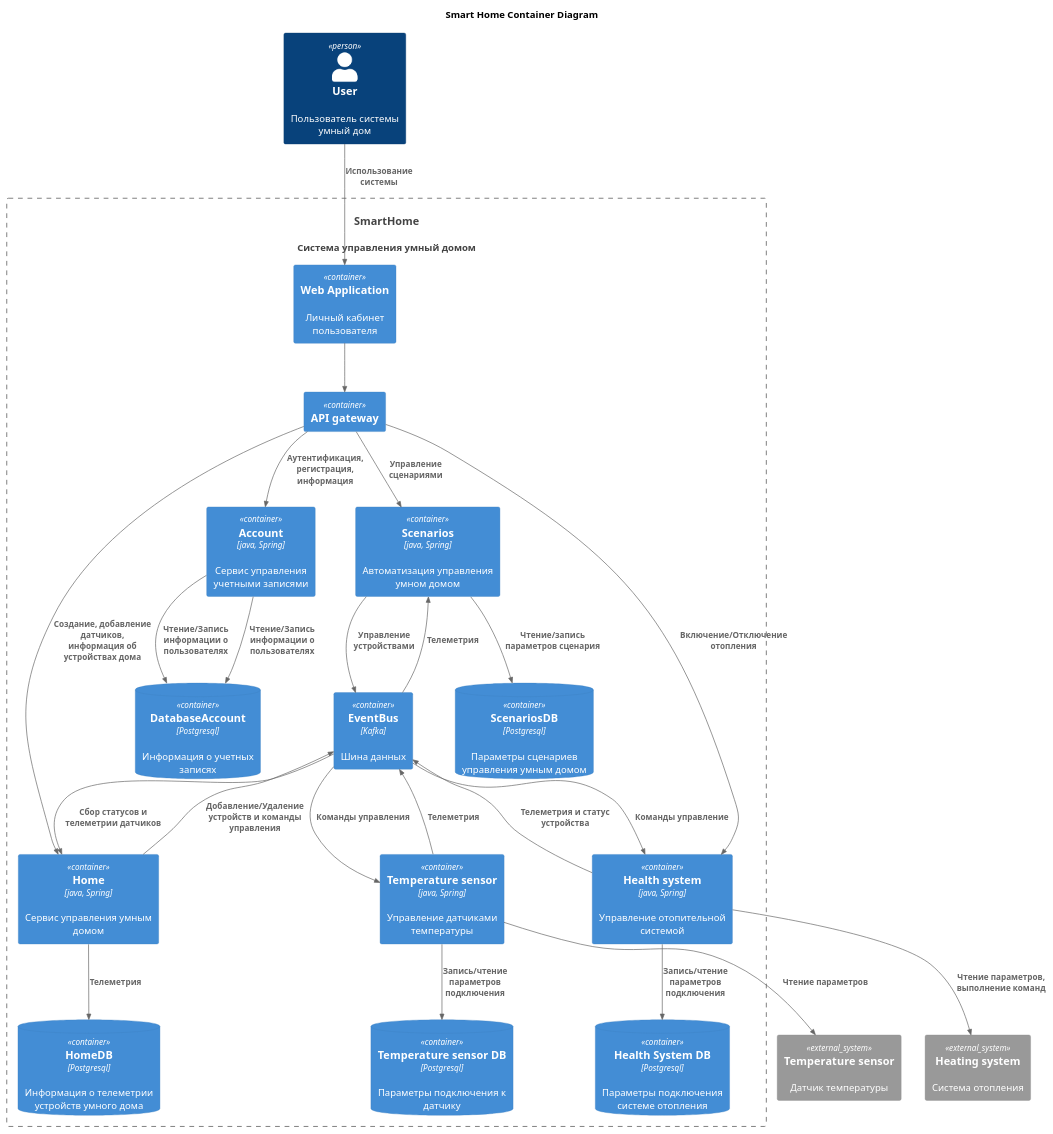
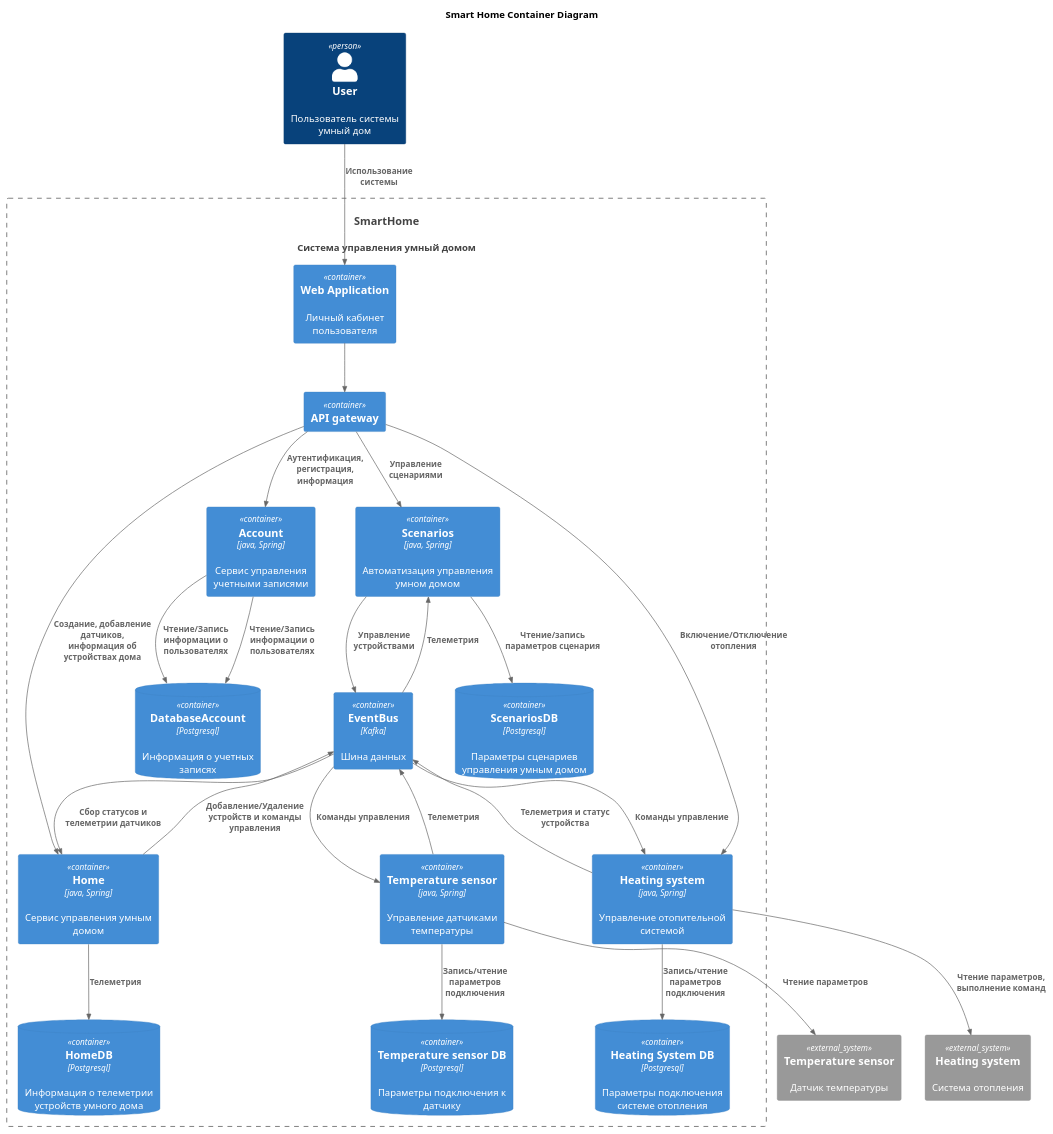
The diagram in diagrams/container/SmartHome_container.puml (schnack/architecture-sprint-3), drawn with PlantUML before and after one commit. The commit also changed 12 other files, not shown here.

```diff
--- a/diagrams/container/SmartHome_container.puml
+++ b/diagrams/container/SmartHome_container.puml
@@ -1,65 +1,65 @@
 @startuml
 title Smart Home Container Diagram
 
 
 top to bottom direction
 
 !includeurl https://raw.githubusercontent.com/RicardoNiepel/C4-PlantUML/master/C4_Component.puml
 
 Person(User, "User", "Пользователь системы умный дом")
 System(SmartHome, "SmartHome", "Система управления умный домом")
 
 Container_Boundary(SmartHome, "SmartHome system"){
     Container(WebApp, "Web Application", "", "Личный кабинет пользователя")
     Container(APIGateway, "API gateway","", "")
     Container(EventBus, "EventBus", "Kafka", "Шина данных")
 
     Container(Scenarios, "Scenarios", "java, Spring", "Автоматизация управления умном домом")
     ContainerDb(ScenariosDB, "ScenariosDB", "Postgresql", "Параметры сценариев управления умным домом")
 
     Container(Account, "Account", "java, Spring", "Сервис управления учетными записями")
     ContainerDb(AccountDB, "DatabaseAccount", "Postgresql", "Информация о учетных записях")
 
     Container(Home, "Home", "java, Spring", "Сервис управления умным домом")
     ContainerDb(HomeDB, "HomeDB", "Postgresql", "Информация о телеметрии устройств умного дома")
 
-    Container(HealthSystem, "Health system", "java, Spring", "Управление отопительной системой")
-    ContainerDb(HealthSystemDB, "Health System DB", "Postgresql", "Параметры подключения системе отопления")
+    Container(HeatingSystem, "Heating system", "java, Spring", "Управление отопительной системой")
+    ContainerDb(HeatingSystemDB, "Heating System DB", "Postgresql", "Параметры подключения системе отопления")
 
     Container(TemperatureSensor, "Temperature sensor", "java, Spring", "Управление датчиками температуры")
     ContainerDb(TemperatureSensorDB, "Temperature sensor DB", "Postgresql", "Параметры подключения к датчику")
 
 }
 
 System_Ext(Heating, "Heating system", "Система отопления")
 System_Ext(TempSensor, "Temperature sensor", "Датчик температуры")
 
 Rel(User, WebApp, "Использование системы")
 
 Rel(WebApp, APIGateway, "")
 Rel(APIGateway, Account, "Аутентификация, регистрация, информация")
 Rel(APIGateway, Home, "Создание, добавление датчиков, информация об устройствах дома")
-Rel(APIGateway, HealthSystem, "Включение/Отключение отопления")
+Rel(APIGateway, HeatingSystem, "Включение/Отключение отопления")
 Rel(APIGateway, Scenarios, "Управление сценариями")
 
-Rel(HealthSystem, Heating, "Чтение параметров, выполнение команд")
+Rel(HeatingSystem, Heating, "Чтение параметров, выполнение команд")
 Rel(TemperatureSensor, TempSensor, "Чтение параметров")
 
 Rel(Home, EventBus, "Добавление/Удаление устройств и команды управления")
 Rel(EventBus, Home, "Сбор статусов и телеметрии датчиков")
-Rel(HealthSystem, EventBus, "Телеметрия и статус устройства")
-Rel(EventBus, HealthSystem, "Команды управление")
+Rel(HeatingSystem, EventBus, "Телеметрия и статус устройства")
+Rel(EventBus, HeatingSystem, "Команды управление")
 Rel(TemperatureSensor, EventBus, "Телеметрия")
 Rel(EventBus, TemperatureSensor, "Команды управления")
 Rel(Scenarios, EventBus, "Управление устройствами")
 Rel(EventBus, Scenarios, "Телеметрия")
 
 Rel(Scenarios, ScenariosDB, "Чтение/запись параметров сценария")
 Rel(Account, AccountDB, "Чтение/Запись информации о пользователях")
 
 Rel(Home, HomeDB, "Телеметрия")
 Rel(Account, AccountDB, "Чтение/Запись информации о пользователях")
-Rel(HealthSystem, HealthSystemDB, "Запись/чтение параметров подключения")
+Rel(HeatingSystem, HeatingSystemDB, "Запись/чтение параметров подключения")
 Rel(TemperatureSensor, TemperatureSensorDB, "Запись/чтение параметров подключения")
 
 @enduml
```
